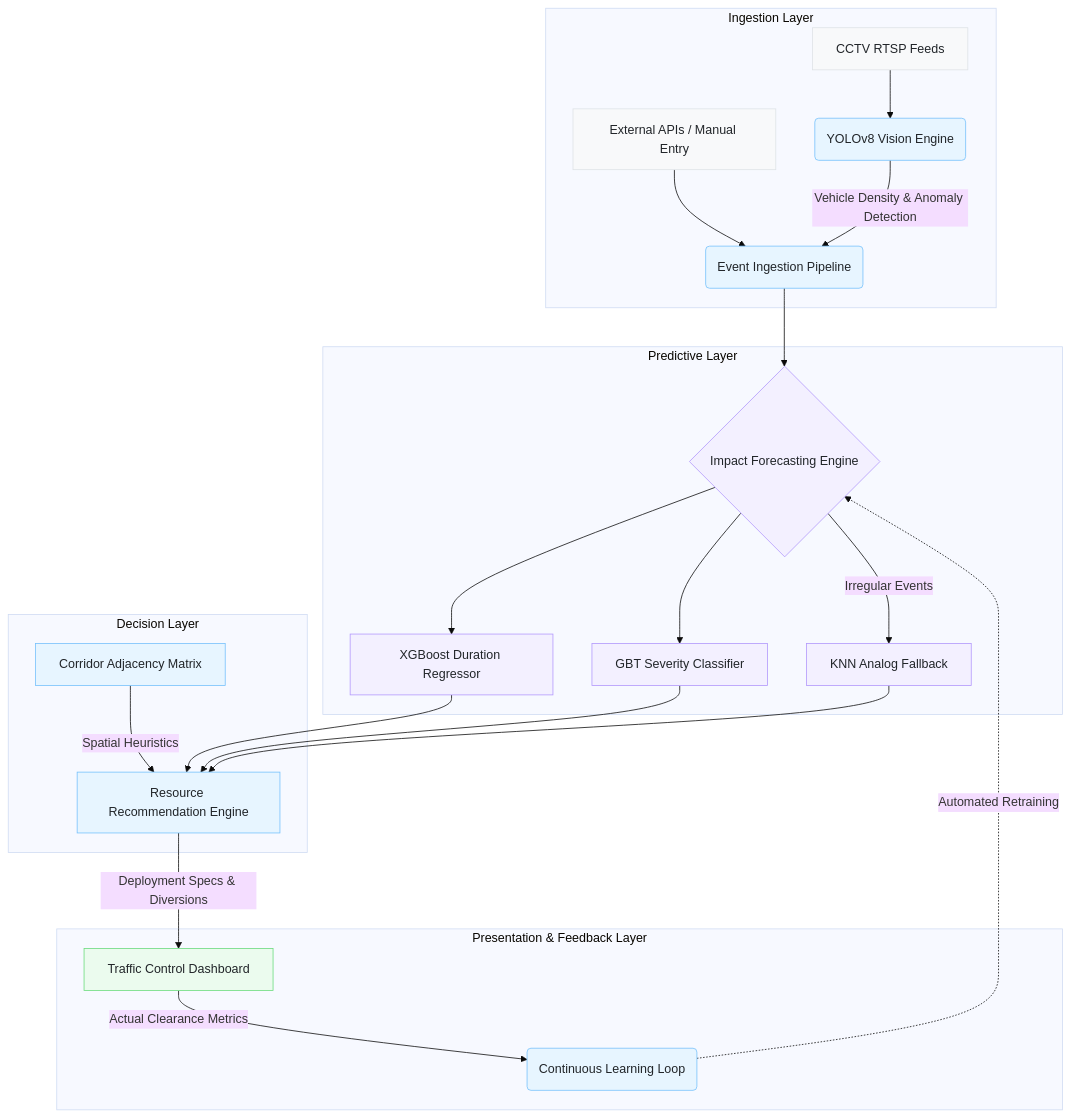
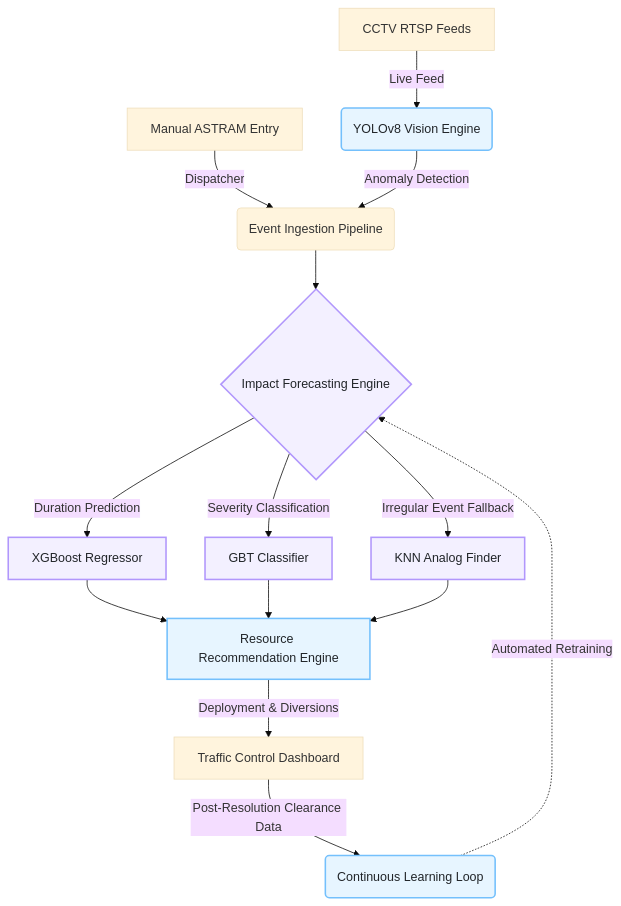
The diagram in README.md (ayn-aval/Flipkart_Gridlock), drawn with Mermaid (base theme) before and after one commit. The commit also changed other lines of this file, not shown here.

Commit message:
docs: improve README styling with badges and detailed ML metrics

````diff
--- a/README.md
+++ b/README.md
@@ -19,50 +35,26 @@
 ```mermaid
 graph TD
     %% Define styles
-    classDef external fill:#f8f9fa,stroke:#dee2e6,stroke-width:1px,color:#212529;
-    classDef core fill:#e7f5ff,stroke:#74c0fc,stroke-width:1px,color:#212529;
-    classDef ml fill:#f3f0ff,stroke:#b197fc,stroke-width:1px,color:#212529;
-    classDef ui fill:#ebfbee,stroke:#69db7c,stroke-width:1px,color:#212529;
+    classDef core fill:#e7f5ff,stroke:#74c0fc,stroke-width:2px,color:#212529;
+    classDef ml fill:#f3f0ff,stroke:#b197fc,stroke-width:2px,color:#212529;
 
-    subgraph Ingestion Layer
-        A[External APIs / Manual Entry]:::external
-        B[CCTV RTSP Feeds]:::external
-        C(YOLOv8 Vision Engine):::core
-        D(Event Ingestion Pipeline):::core
-        
-        B --> C
-        C -->|Vehicle Density & Anomaly Detection| D
-        A --> D
-    end
+    A[CCTV RTSP Feeds] -->|Live Feed| B(YOLOv8 Vision Engine):::core
+    A2[Manual ASTRAM Entry] -->|Dispatcher| D(Event Ingestion Pipeline)
+    
+    B -->|Anomaly Detection| D
+    
+    D --> E{Impact Forecasting Engine}:::ml
+    
+    E -->|Duration Prediction| F[XGBoost Regressor]:::ml
+    E -->|Severity Classification| G[GBT Classifier]:::ml
+    E -->|Irregular Event Fallback| H[KNN Analog Finder]:::ml
 
-    subgraph Predictive Layer
-        E{Impact Forecasting Engine}:::ml
-        F[XGBoost Duration Regressor]:::ml
-        G[GBT Severity Classifier]:::ml
-        H[KNN Analog Fallback]:::ml
-
-        D --> E
-        E --> F
-        E --> G
-        E -->|Irregular Events| H
-    end
-
-    subgraph Decision Layer
-        I[Resource Recommendation Engine]:::core
-        J[Corridor Adjacency Matrix]:::core
-        
-        F --> I
-        G --> I
-        H --> I
-        J -->|Spatial Heuristics| I
-    end
-
-    subgraph Presentation & Feedback Layer
-        K[Traffic Control Dashboard]:::ui
-        L(Continuous Learning Loop):::core
-
-        I -->|Deployment Specs & Diversions| K
-        K -->|Actual Clearance Metrics| L
-        L -.->|Automated Retraining| E
-    end
+    F --> I[Resource Recommendation Engine]:::core
+    G --> I
+    H --> I
+    
+    I -->|Deployment & Diversions| K[Traffic Control Dashboard]
+    
+    K -->|Post-Resolution Clearance Data| L(Continuous Learning Loop):::core
+    L -.->|Automated Retraining| E
 ```
````
